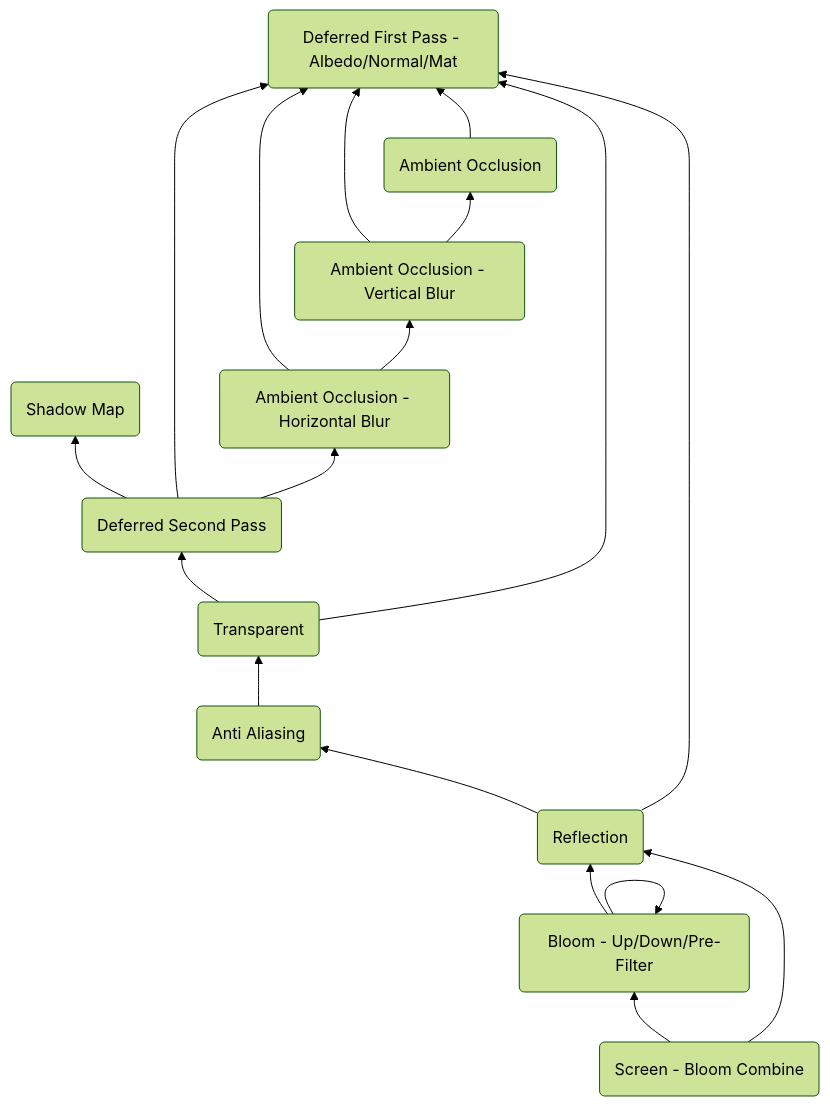
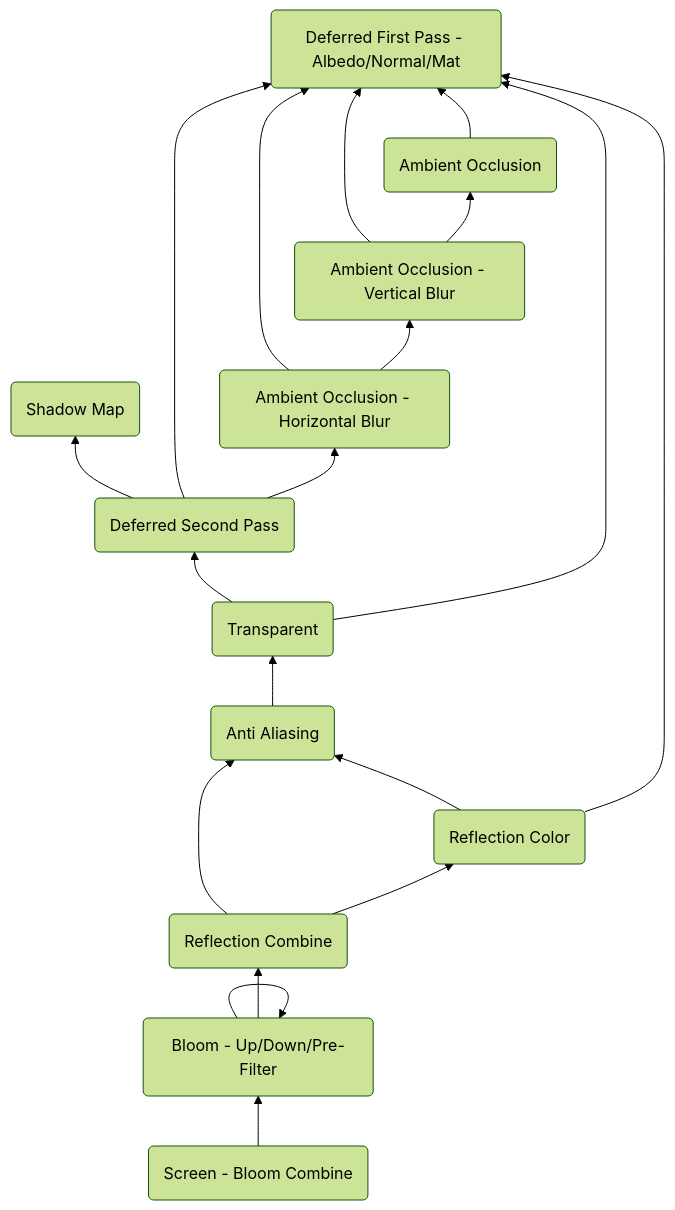
One commit to petitg1987/urchinEngine changed the diagram in 3dEngine/docs/DependencyGraph.md. Above: the diagram before and after it, drawn with Mermaid (forest theme). The commit also changed 13 other files, not shown here.

Commit message:
Screen Space Reflection - part 4

````diff
--- a/3dEngine/docs/DependencyGraph.md
+++ b/3dEngine/docs/DependencyGraph.md
@@ -3,20 +3,21 @@
 ```mermaid
 graph BT
     Screen(Screen - Bloom Combine) --> Bloom(Bloom - Up/Down/Pre-Filter)
     Bloom --> Bloom
-    Bloom --> Reflection(Reflection)
-    Reflection --> AntiAliasing(Anti Aliasing)
-    Reflection --> DeferredFirstPass(Deferred First Pass - Albedo/Normal/Mat)
-    Screen --> Reflection
+    Bloom --> ReflectionCombine(Reflection Combine)
+    ReflectionCombine --> AntiAliasing(Anti Aliasing)
+    ReflectionCombine --> ReflectionColor(Reflection Color)
+    ReflectionColor --> AntiAliasing(Anti Aliasing)
+    ReflectionColor --> DeferredFirstPass(Deferred First Pass - Albedo/Normal/Mat)
     AntiAliasing --> Transparent(Transparent)
     Transparent --> DeferredSecondPass(Deferred Second Pass)
     DeferredSecondPass --> ShadowMap(Shadow Map)
     DeferredSecondPass --> DeferredFirstPass
     Transparent --> DeferredFirstPass
     DeferredSecondPass --> AmbientOcclusionHor(Ambient Occlusion - Horizontal Blur)
     AmbientOcclusionHor --> DeferredFirstPass
     AmbientOcclusionHor --> AmbientOcclusionVert(Ambient Occlusion - Vertical Blur)
     AmbientOcclusionVert --> DeferredFirstPass
     AmbientOcclusionVert --> AmbientOcclusion(Ambient Occlusion)
     AmbientOcclusion --> DeferredFirstPass
 ```
````
